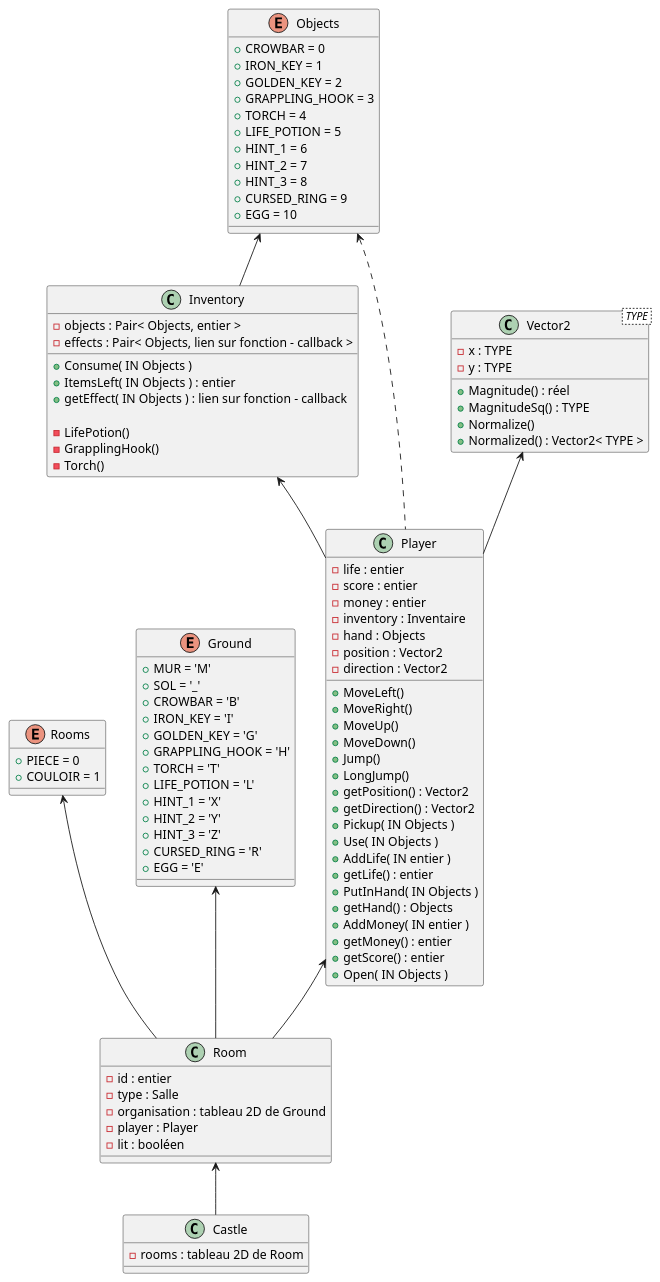
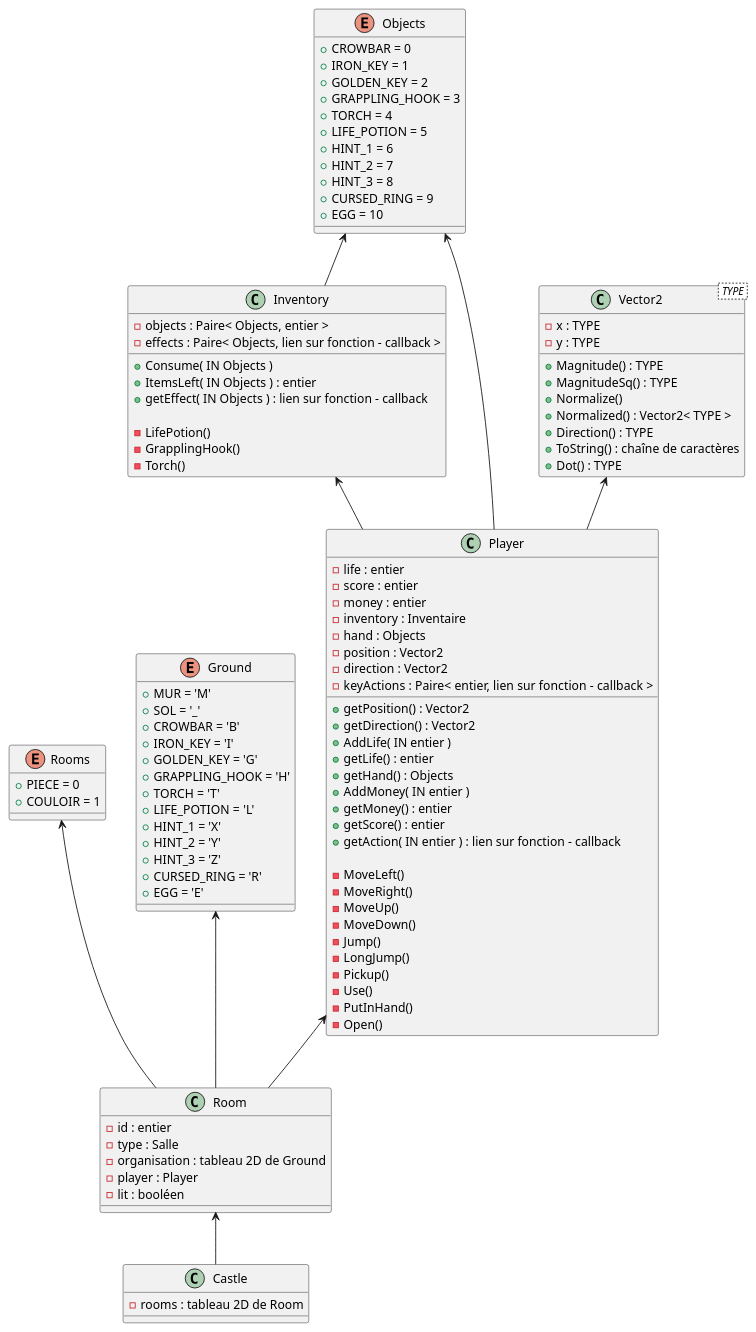
One commit to Serdok/GoldenPhoenix changed the diagram in doc/Diagrams/Class.puml. Above: the diagram before and after it, drawn with PlantUML.

Commit message:
Added Vector2 functions

```diff
--- a/doc/Diagrams/Class.puml
+++ b/doc/Diagrams/Class.puml
@@ -1,124 +1,129 @@
 @startuml
 
 Inventory <-- Player
 Room <-- Castle
 Objects <-- Inventory
 Vector2 <-- Player
 Rooms <-- Room
 Ground <-- Room
 Player <-- Room
-Objects <.. Player
+Objects <-- Player
 
 class Vector2< TYPE >
 {
     - x : TYPE
     - y : TYPE
 
-    + Magnitude() : réel
+    + Magnitude() : TYPE
     + MagnitudeSq() : TYPE
     + Normalize()
     + Normalized() : Vector2< TYPE >
-
+    + Direction() : TYPE
+    + ToString() : chaîne de caractères
+    + Dot() : TYPE
 }
 
 class Player
 {
     - life : entier
     - score : entier
     - money : entier
     - inventory : Inventaire
     - hand : Objects
     - position : Vector2
     - direction : Vector2
+    - keyActions : Paire< entier, lien sur fonction - callback >
 
-    + MoveLeft()
-    + MoveRight()
-    + MoveUp()
-    + MoveDown()
-    + Jump()
-    + LongJump()
     + getPosition() : Vector2
     + getDirection() : Vector2
-    + Pickup( IN Objects )
-    + Use( IN Objects )
     + AddLife( IN entier )
     + getLife() : entier
-    + PutInHand( IN Objects )
     + getHand() : Objects
     + AddMoney( IN entier )
     + getMoney() : entier
     + getScore() : entier
-    + Open( IN Objects )
+    + getAction( IN entier ) : lien sur fonction - callback
+
+    - MoveLeft()
+    - MoveRight()
+    - MoveUp()
+    - MoveDown()
+    - Jump()
+    - LongJump()
+    - Pickup()
+    - Use()
+    - PutInHand()
+    - Open()
 }
 
 class Inventory
 {
-    - objects : Pair< Objects, entier >
-    - effects : Pair< Objects, lien sur fonction - callback >
+    - objects : Paire< Objects, entier >
+    - effects : Paire< Objects, lien sur fonction - callback >
 
     + Consume( IN Objects )
     + ItemsLeft( IN Objects ) : entier
     + getEffect( IN Objects ) : lien sur fonction - callback
 
     - LifePotion()
     - GrapplingHook()
     - Torch()
 }
 
 enum Objects
 {
     + CROWBAR = 0
     + IRON_KEY = 1
     + GOLDEN_KEY = 2
     + GRAPPLING_HOOK = 3
     + TORCH = 4
     + LIFE_POTION = 5
     + HINT_1 = 6
     + HINT_2 = 7
     + HINT_3 = 8
     + CURSED_RING = 9
     + EGG = 10
 }
 
 class Castle
 {
     - rooms : tableau 2D de Room
 }
 
 enum Rooms
 {
     + PIECE = 0
     + COULOIR = 1
 }
 
 enum Ground
 {
     + MUR = 'M'
     + SOL = '_'
     + CROWBAR = 'B'
     + IRON_KEY = 'I'
     + GOLDEN_KEY = 'G'
     + GRAPPLING_HOOK = 'H'
     + TORCH = 'T'
     + LIFE_POTION = 'L'
     + HINT_1 = 'X'
     + HINT_2 = 'Y'
     + HINT_3 = 'Z'
     + CURSED_RING = 'R'
     + EGG = 'E'
 }
 
 class Room
 {
     - id : entier
     - type : Salle
     - organisation : tableau 2D de Ground
     - player : Player
     - lit : booléen
 }
 
 
 
 
 
 @enduml
```
